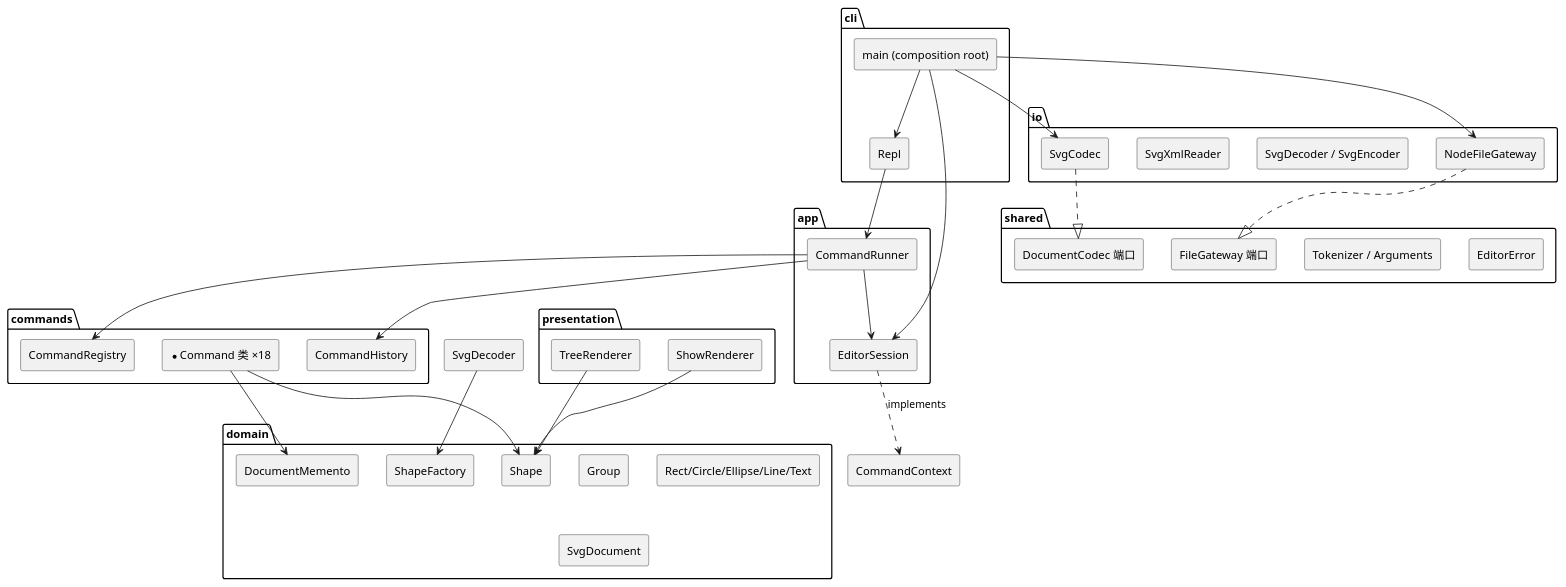
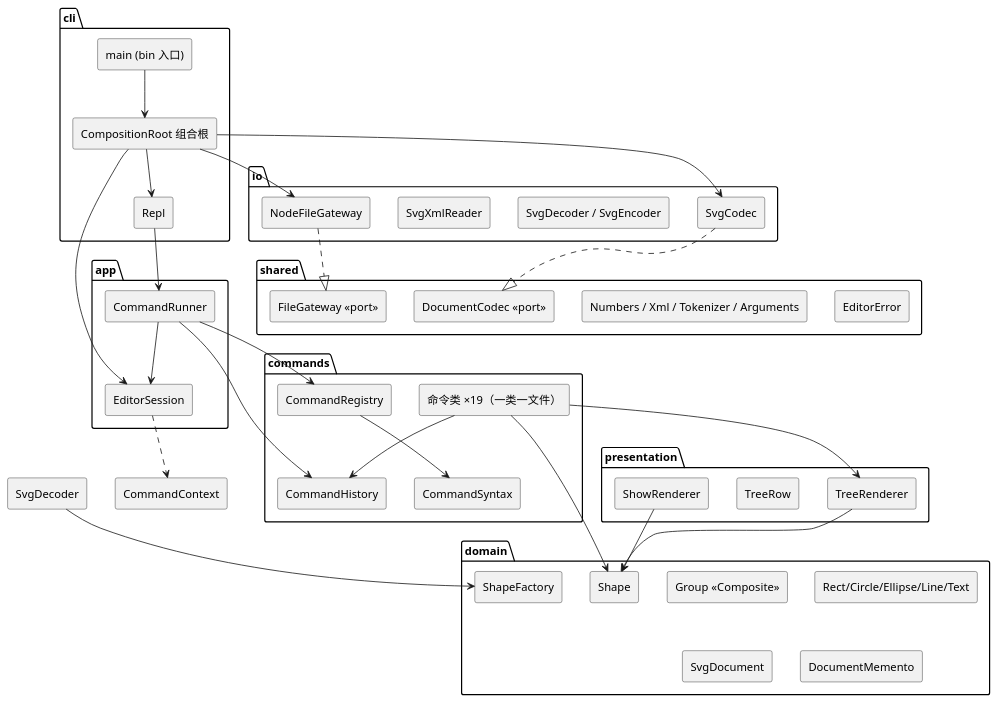
One commit to bhtrj/svg-editor-cli changed the diagram in doc/README.md. Above: the diagram before and after it, drawn with PlantUML. The commit also changed other lines of this file and 2 other files, not shown here.

````diff
--- a/doc/README.md
+++ b/doc/README.md
@@ -43,60 +50,66 @@
 ```plantuml
 @startuml
 skinparam componentStyle rectangle
 
 package "cli" {
+  [main (bin 入口)]
+  [CompositionRoot 组合根]
   [Repl]
-  [main (composition root)]
 }
 package "app" {
   [CommandRunner]
   [EditorSession]
 }
 package "commands" {
   [CommandRegistry]
-  [*Command 类 ×18]
+  [命令类 ×19（一类一文件）]
   [CommandHistory]
+  [CommandSyntax]
+}
+package "presentation" {
+  [TreeRenderer]
+  [TreeRow]
+  [ShowRenderer]
 }
 package "domain" {
   [Shape]
-  [Group]
+  [Group «Composite»]
   [Rect/Circle/Ellipse/Line/Text]
   [SvgDocument]
   [ShapeFactory]
   [DocumentMemento]
 }
 package "io" {
   [SvgCodec]
   [SvgDecoder / SvgEncoder]
   [SvgXmlReader]
   [NodeFileGateway]
 }
-package "presentation" {
-  [TreeRenderer]
-  [ShowRenderer]
-}
 package "shared" {
   [EditorError]
-  [Tokenizer / Arguments]
-  [FileGateway 端口]
-  [DocumentCodec 端口]
+  [Numbers / Xml / Tokenizer / Arguments]
+  [FileGateway «port»]
+  [DocumentCodec «port»]
 }
 
-[main (composition root)] --> [Repl]
-[main (composition root)] --> [EditorSession]
-[main (composition root)] --> [SvgCodec]
-[main (composition root)] --> [NodeFileGateway]
+[main (bin 入口)] --> [CompositionRoot 组合根]
+[CompositionRoot 组合根] --> [Repl]
+[CompositionRoot 组合根] --> [EditorSession]
+[CompositionRoot 组合根] --> [SvgCodec]
+[CompositionRoot 组合根] --> [NodeFileGateway]
 [Repl] --> [CommandRunner]
 [CommandRunner] --> [CommandRegistry]
 [CommandRunner] --> [CommandHistory]
 [CommandRunner] --> [EditorSession]
-[EditorSession] ..> [CommandContext] : implements
-[*Command 类 ×18] --> [Shape]
-[*Command 类 ×18] --> [DocumentMemento]
-[SvgCodec] ..|> [DocumentCodec 端口]
-[NodeFileGateway] ..|> [FileGateway 端口]
+[EditorSession] ..> [CommandContext]
+[命令类 ×19（一类一文件）] --> [Shape]
+[命令类 ×19（一类一文件）] --> [CommandHistory]
+[命令类 ×19（一类一文件）] --> [TreeRenderer]
+[CommandRegistry] --> [CommandSyntax]
+[SvgCodec] ..|> [DocumentCodec «port»]
+[NodeFileGateway] ..|> [FileGateway «port»]
 [SvgDecoder] --> [ShapeFactory]
 [TreeRenderer] --> [Shape]
 [ShowRenderer] --> [Shape]
 @enduml
 ```
````
